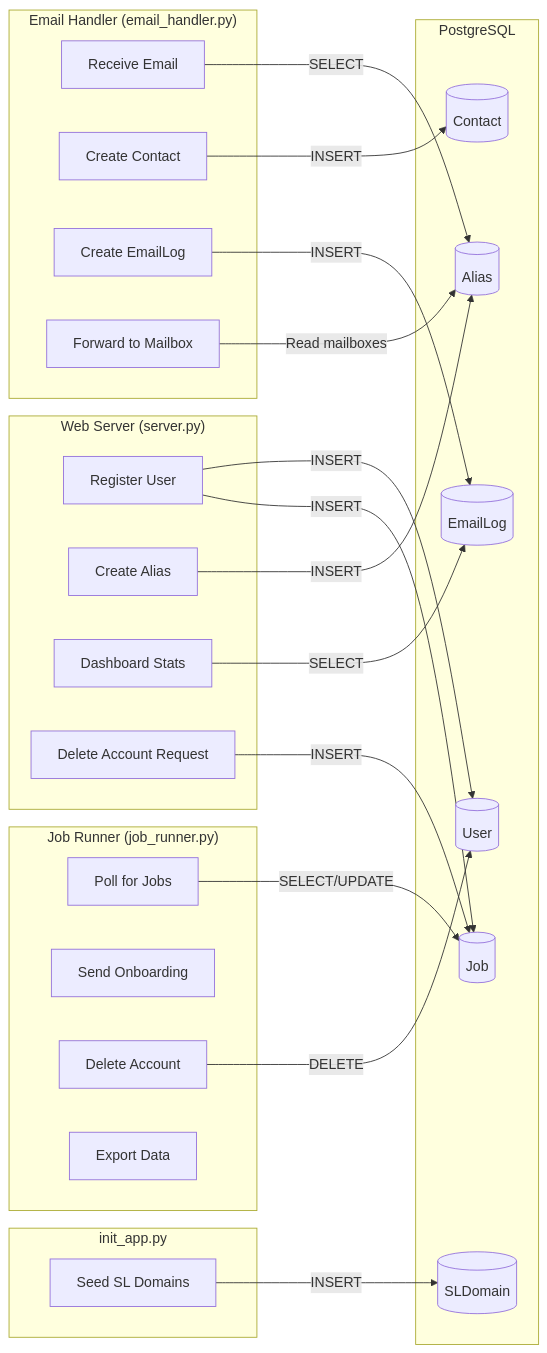
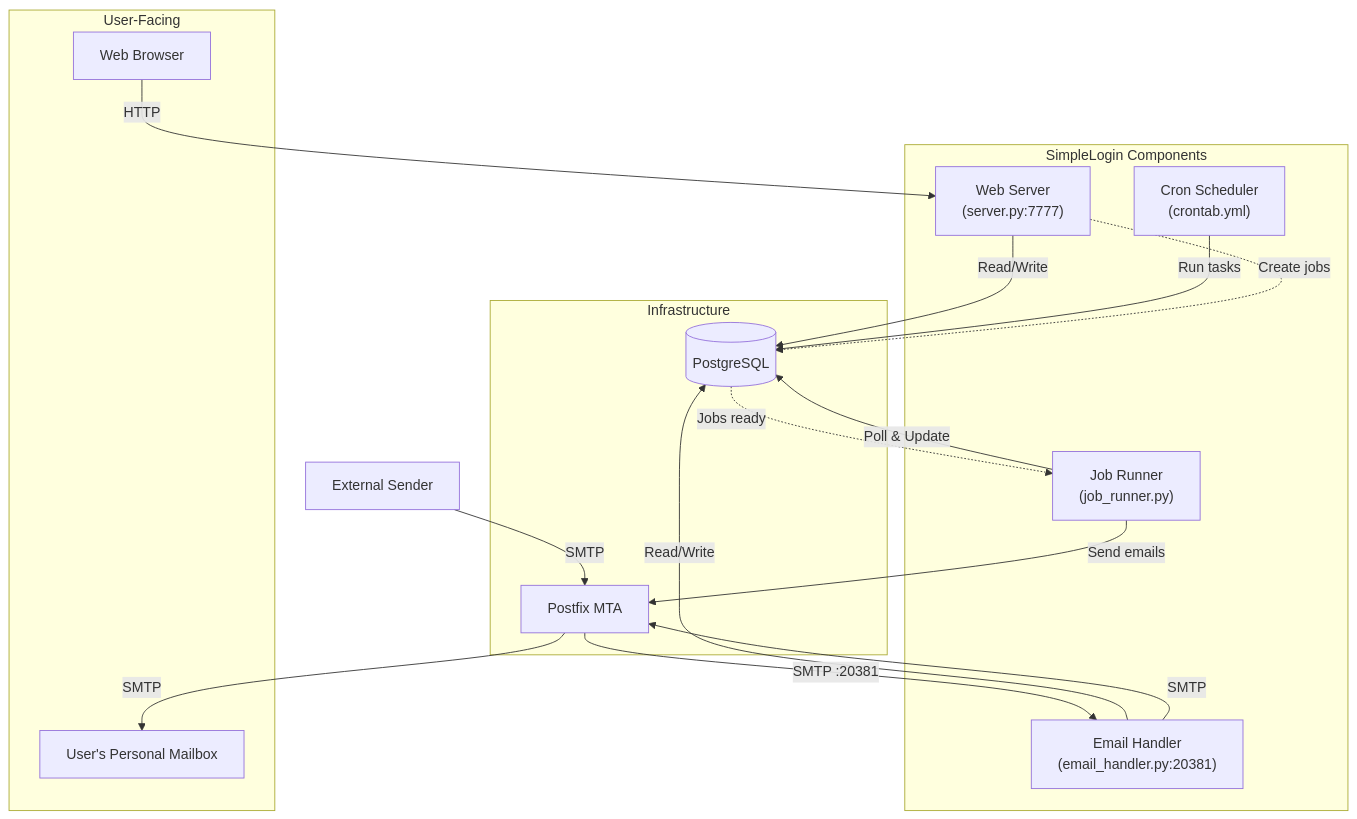
Before and after one commit to blitzy-research/app: the fourth of 4 diagrams in blitzy/documentation/app_2cd6ee777f8c.md, drawn with Mermaid. The commit also changed other lines of this file, not shown here.

First line of the commit message:
Create comprehensive runtime behavior and operational verification documentation

````diff
--- a/blitzy/documentation/app_2cd6ee777f8c.md
+++ b/blitzy/documentation/app_2cd6ee777f8c.md
@@ -672,52 +934,32 @@
 ```mermaid
-flowchart LR
-    subgraph WebServer["Web Server (server.py)"]
-        W1[Register User]
-        W2[Create Alias]
-        W3[Dashboard Stats]
-        W4[Delete Account Request]
+flowchart TB
+    subgraph "User-Facing"
+        Browser[Web Browser]
+        PersonalEmail[User's Personal Mailbox]
     end
 
-    subgraph Database["PostgreSQL"]
-        DB_User[(User)]
-        DB_Alias[(Alias)]
-        DB_Contact[(Contact)]
-        DB_EmailLog[(EmailLog)]
-        DB_Job[(Job)]
-        DB_SLDomain[(SLDomain)]
+    subgraph "SimpleLogin Components"
+        WebServer["Web Server\n(server.py:7777)"]
+        EmailHandler["Email Handler\n(email_handler.py:20381)"]
+        JobRunner["Job Runner\n(job_runner.py)"]
+        CronScheduler["Cron Scheduler\n(crontab.yml)"]
     end
 
-    subgraph EmailHandler["Email Handler (email_handler.py)"]
-        E1[Receive Email]
-        E2[Create Contact]
-        E3[Create EmailLog]
-        E4[Forward to Mailbox]
+    subgraph "Infrastructure"
+        Postfix[Postfix MTA]
+        PostgreSQL[(PostgreSQL)]
     end
 
-    subgraph JobRunner["Job Runner (job_runner.py)"]
-        J1[Poll for Jobs]
-        J2[Send Onboarding]
-        J3[Delete Account]
-        J4[Export Data]
-    end
-
-    subgraph InitApp["init_app.py"]
-        I1[Seed SL Domains]
-    end
-
-    W1 -->|INSERT| DB_User
-    W1 -->|INSERT| DB_Job
-    W2 -->|INSERT| DB_Alias
-    W3 -->|SELECT| DB_EmailLog
-    W4 -->|INSERT| DB_Job
-
-    E1 -->|SELECT| DB_Alias
-    E2 -->|INSERT| DB_Contact
-    E3 -->|INSERT| DB_EmailLog
-    E4 -->|Read mailboxes| DB_Alias
-
-    J1 -->|SELECT/UPDATE| DB_Job
-    J3 -->|DELETE| DB_User
-
-    I1 -->|INSERT| DB_SLDomain
+    Browser -->|HTTP| WebServer
+    WebServer -->|Read/Write| PostgreSQL
+    ExternalSender[External Sender] -->|SMTP| Postfix
+    Postfix -->|SMTP :20381| EmailHandler
+    EmailHandler -->|Read/Write| PostgreSQL
+    EmailHandler -->|SMTP| Postfix
+    Postfix -->|SMTP| PersonalEmail
+    JobRunner -->|Poll & Update| PostgreSQL
+    JobRunner -->|Send emails| Postfix
+    CronScheduler -->|Run tasks| PostgreSQL
+    WebServer -.->|Create jobs| PostgreSQL
+    PostgreSQL -.->|Jobs ready| JobRunner
 ```
````
